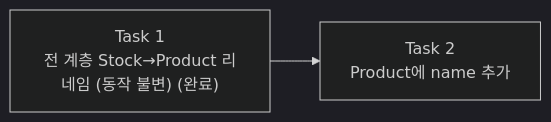
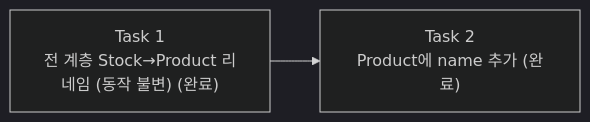
Before and after one commit to JuJin1324/assignment-inventory-management: the diagram in docs/epics/inbound/3-plan/story1/tasks.md, drawn with Mermaid (dark theme). The commit also changed other lines of this file and 4 other files, not shown here.

First line of the commit message:
feat(domain): Story 1 Task 2 — Product에 name 추가

````diff
--- a/docs/epics/inbound/3-plan/story1/tasks.md
+++ b/docs/epics/inbound/3-plan/story1/tasks.md
@@ -7,6 +7,6 @@
 ```mermaid
 graph LR
     T1["Task 1<br/>전 계층 Stock→Product 리네임 (동작 불변) (완료)"]
-    T2["Task 2<br/>Product에 name 추가"]
+    T2["Task 2<br/>Product에 name 추가 (완료)"]
     T1 --> T2
 ```
````
